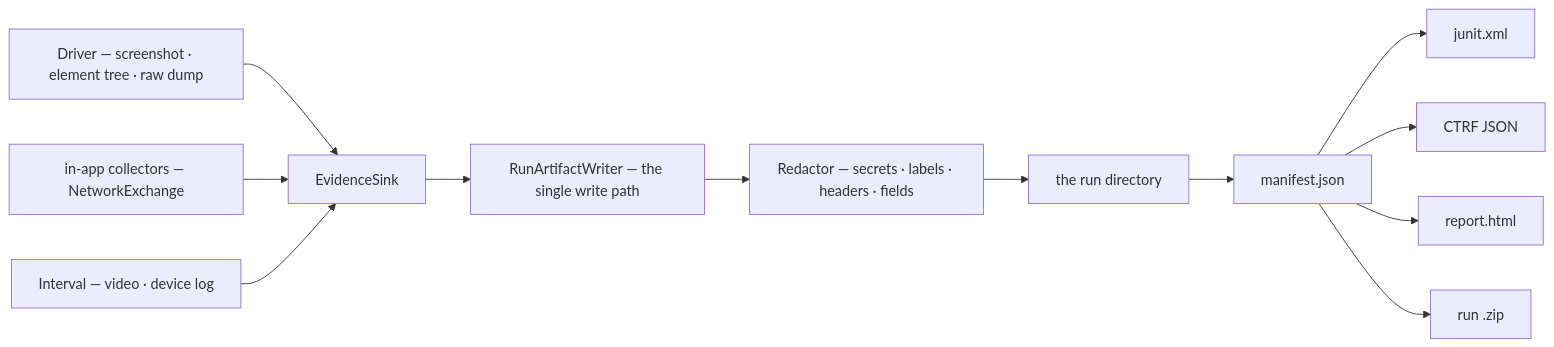
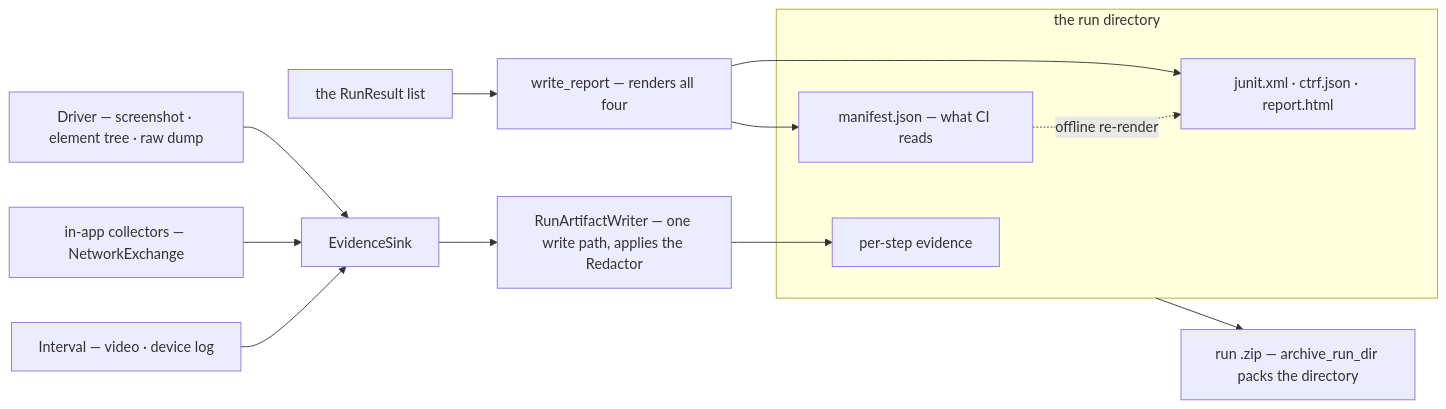
Before and after one commit to bajutsu-e2e/bajutsu: the ninth of 12 diagrams in docs/developer-guide.md, drawn with Mermaid. The commit also changed other lines of this file and 7 other files, not shown here.

````diff
--- a/docs/developer-guide.md
+++ b/docs/developer-guide.md
@@ -958,14 +962,18 @@
 ```mermaid
 flowchart LR
     drv["Driver — screenshot · element tree · raw dump"] --> sink["EvidenceSink"]
     net["in-app collectors — NetworkExchange"] --> sink
     iv["Interval — video · device log"] --> sink
-    sink --> w["RunArtifactWriter — the single write path"]
-    w --> red["Redactor — secrets · labels · headers · fields"]
-    red --> dir["the run directory"]
-    dir --> man["manifest.json"]
-    man --> o1["junit.xml"]
-    man --> o2["CTRF JSON"]
-    man --> o3["report.html"]
-    man --> o4["run .zip"]
+    sink --> w["RunArtifactWriter — one write path, applies the Redactor"]
+    rr["the RunResult list"] --> wr["write_report — renders all four"]
+    subgraph dir["the run directory"]
+        art["per-step evidence"]
+        man["manifest.json — what CI reads"]
+        o1["junit.xml · ctrf.json · report.html"]
+    end
+    w --> art
+    wr --> man
+    wr --> o1
+    dir --> z["run .zip — archive_run_dir packs the directory"]
+    man -.->|"offline re-render"| o1
 ```
````
